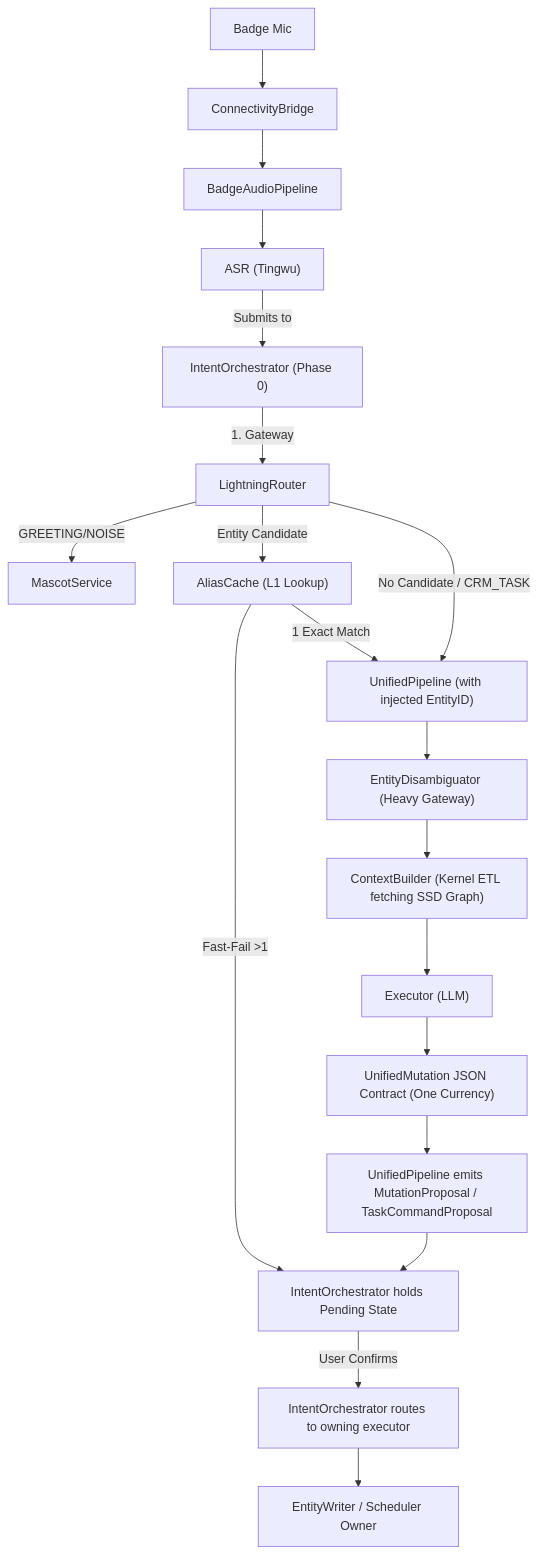
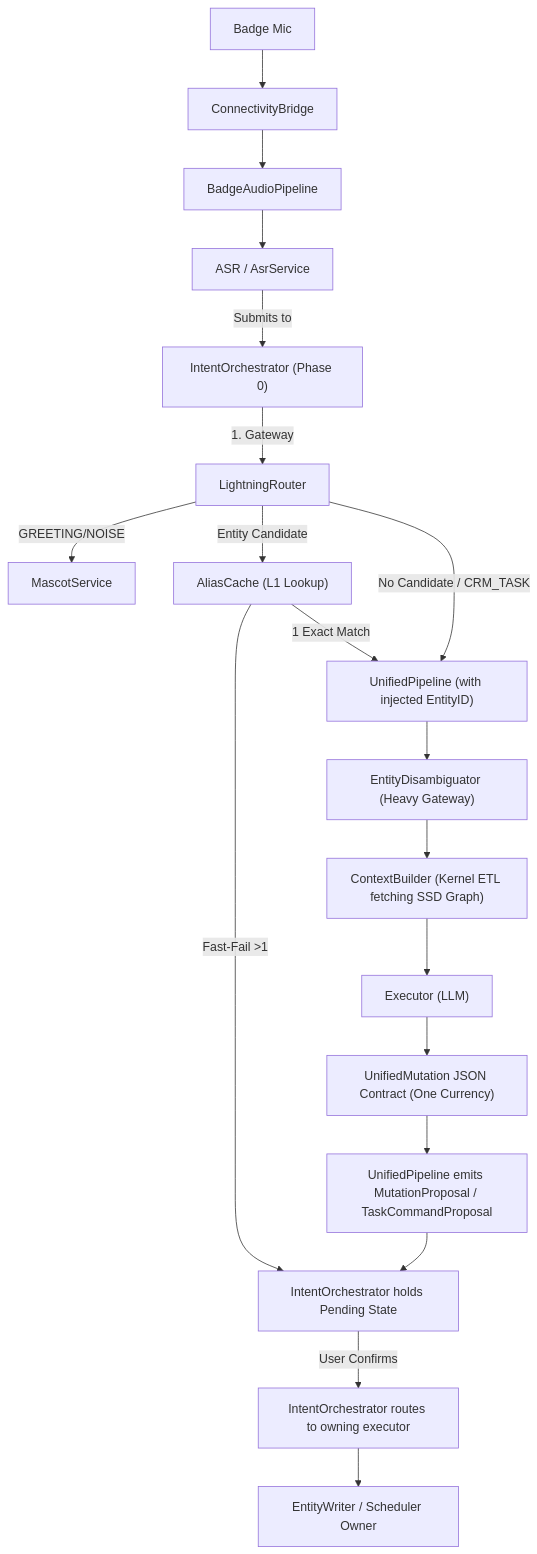
The diagram in docs/cerb/interface-map.md (esir-nus/smart-sales-main), drawn with Mermaid before and after one commit. The commit also changed other lines of this file and 131 other files, not shown here.

````diff
--- a/docs/cerb/interface-map.md
+++ b/docs/cerb/interface-map.md
@@ -149,21 +160,21 @@
 ```mermaid
 graph TD
     A["Badge Mic"] --> B["ConnectivityBridge"]
     B --> C["BadgeAudioPipeline"]
-    C --> D["ASR (Tingwu)"]
+    C --> D["ASR / AsrService"]
     D -->|Submits to| E["IntentOrchestrator (Phase 0)"]
     E -->|1. Gateway| E1["LightningRouter"]
     E1 -->|GREETING/NOISE| F1["MascotService"]
     E1 -->|Entity Candidate| E1a["AliasCache (L1 Lookup)"]
     E1a -->|Fast-Fail >1| H2["IntentOrchestrator holds Pending State"]
     E1a -->|1 Exact Match| E2["UnifiedPipeline (with injected EntityID)"]
     E1 -->|No Candidate / CRM_TASK| E2
     E2 --> F0["EntityDisambiguator (Heavy Gateway)"]
     F0 --> F2["ContextBuilder (Kernel ETL fetching SSD Graph)"]
     F2 --> F["Executor (LLM)"]
     F --> G["UnifiedMutation JSON Contract (One Currency)"]
     G --> H1["UnifiedPipeline emits MutationProposal / TaskCommandProposal"]
     H1 --> H2
     H2 -->|User Confirms| H3["IntentOrchestrator routes to owning executor"]
     H3 --> I["EntityWriter / Scheduler Owner"]
 ```
````
